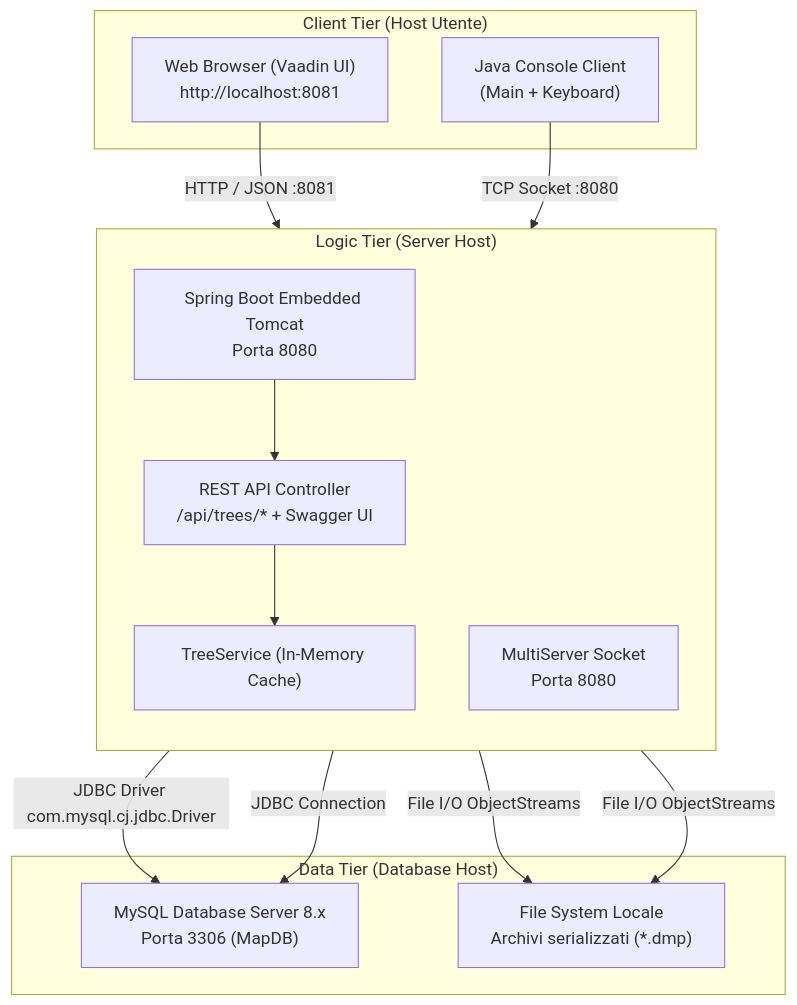
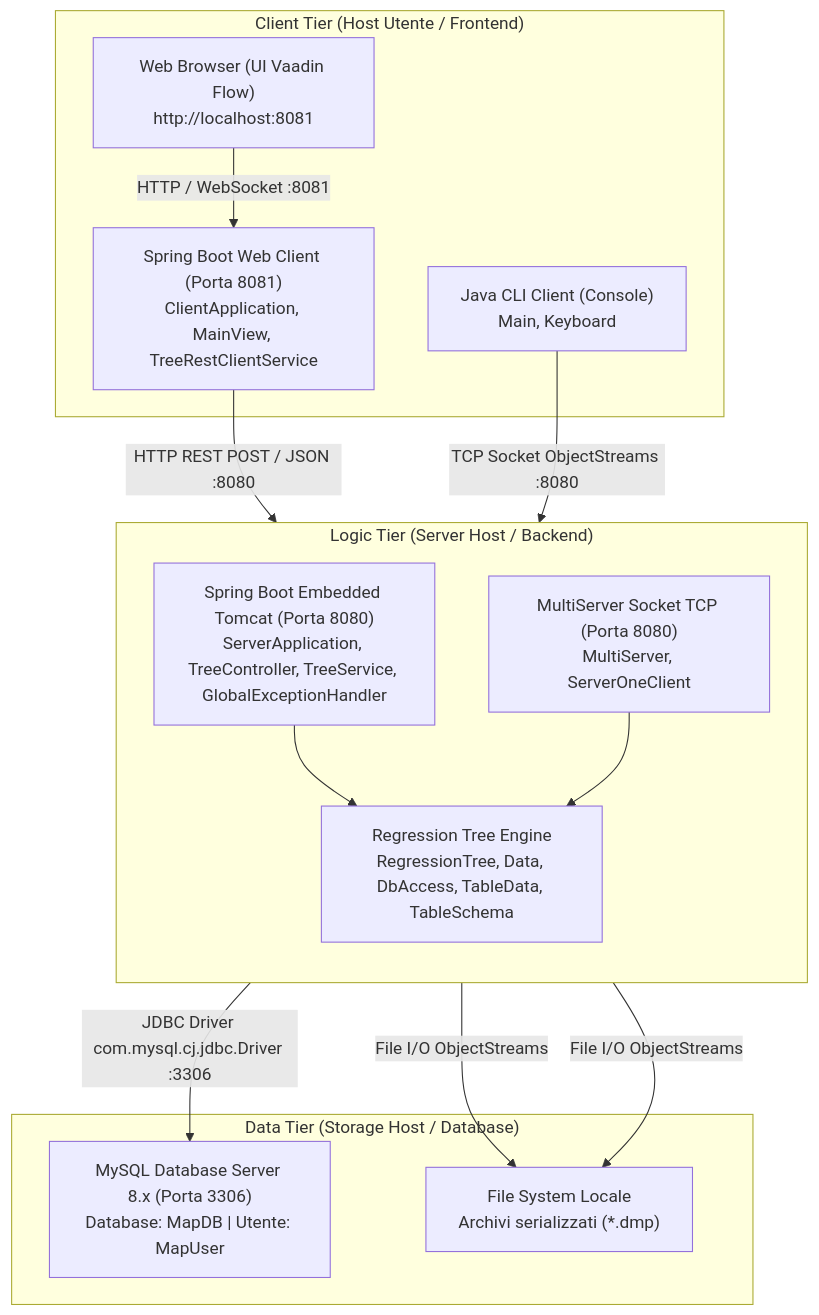
Diagram 11 of 11 in docs/architettura-uml-oop.md (MarcoDiana/Albero_di_regressione), drawn with Mermaid before and after one commit. The commit also changed other lines of this file and 222 other files, not shown here.

Commit message:
docs: allineamento completo documentazione, diagrammi UML, PDF e javadoc aggregato

````diff
--- a/docs/architettura-uml-oop.md
+++ b/docs/architettura-uml-oop.md
@@ -587,28 +583,29 @@
 ```mermaid
 flowchart TB
-    subgraph ClientHost ["Client Tier (Host Utente)"]
-        Browser["Web Browser (Vaadin UI)<br/>http://localhost:8081"]
-        CLI["Java Console Client<br/>(Main + Keyboard)"]
+    subgraph ClientHost ["Client Tier (Host Utente / Frontend)"]
+        Browser["Web Browser (UI Vaadin Flow)<br/>http://localhost:8081"]
+        ClientApp["Spring Boot Web Client (Porta 8081)<br/>ClientApplication, MainView, TreeRestClientService"]
+        CLIClient["Java CLI Client (Console)<br/>Main, Keyboard"]
     end
 
-    subgraph ServerHost ["Logic Tier (Server Host)"]
+    subgraph ServerHost ["Logic Tier (Server Host / Backend)"]
         direction TB
-        Tomcat["Spring Boot Embedded Tomcat<br/>Porta 8080"]
-        REST["REST API Controller<br/>/api/trees/* + Swagger UI"]
-        Service["TreeService (In-Memory Cache)"]
-        SocketServer["MultiServer Socket<br/>Porta 8080"]
-        Tomcat --> REST --> Service
+        Tomcat["Spring Boot Embedded Tomcat (Porta 8080)<br/>ServerApplication, TreeController, TreeService, GlobalExceptionHandler"]
+        SocketServer["MultiServer Socket TCP (Porta 8080)<br/>MultiServer, ServerOneClient"]
+        TreeEngine["Regression Tree Engine<br/>RegressionTree, Data, DbAccess, TableData, TableSchema"]
+        Tomcat --> TreeEngine
+        SocketServer --> TreeEngine
     end
 
-    subgraph DataHost ["Data Tier (Database Host)"]
-        MySQL["MySQL Database Server 8.x<br/>Porta 3306 (MapDB)"]
+    subgraph DataHost ["Data Tier (Storage Host / Database)"]
+        MySQL["MySQL Database Server 8.x (Porta 3306)<br/>Database: MapDB | Utente: MapUser"]
         Disk["File System Locale<br/>Archivi serializzati (*.dmp)"]
     end
 
-    Browser -->|HTTP / JSON :8081| Tomcat
-    CLI -->|TCP Socket :8080| SocketServer
-    Service -->|JDBC Driver com.mysql.cj.jdbc.Driver| MySQL
-    Service -->|File I/O ObjectStreams| Disk
+    Browser -->|HTTP / WebSocket :8081| ClientApp
+    ClientApp -->|HTTP REST POST / JSON :8080| Tomcat
+    CLIClient -->|TCP Socket ObjectStreams :8080| SocketServer
+    TreeEngine -->|JDBC Driver com.mysql.cj.jdbc.Driver :3306| MySQL
+    TreeEngine -->|File I/O ObjectStreams| Disk
     SocketServer -->|File I/O ObjectStreams| Disk
-    SocketServer -->|JDBC Connection| MySQL
 ```
````
